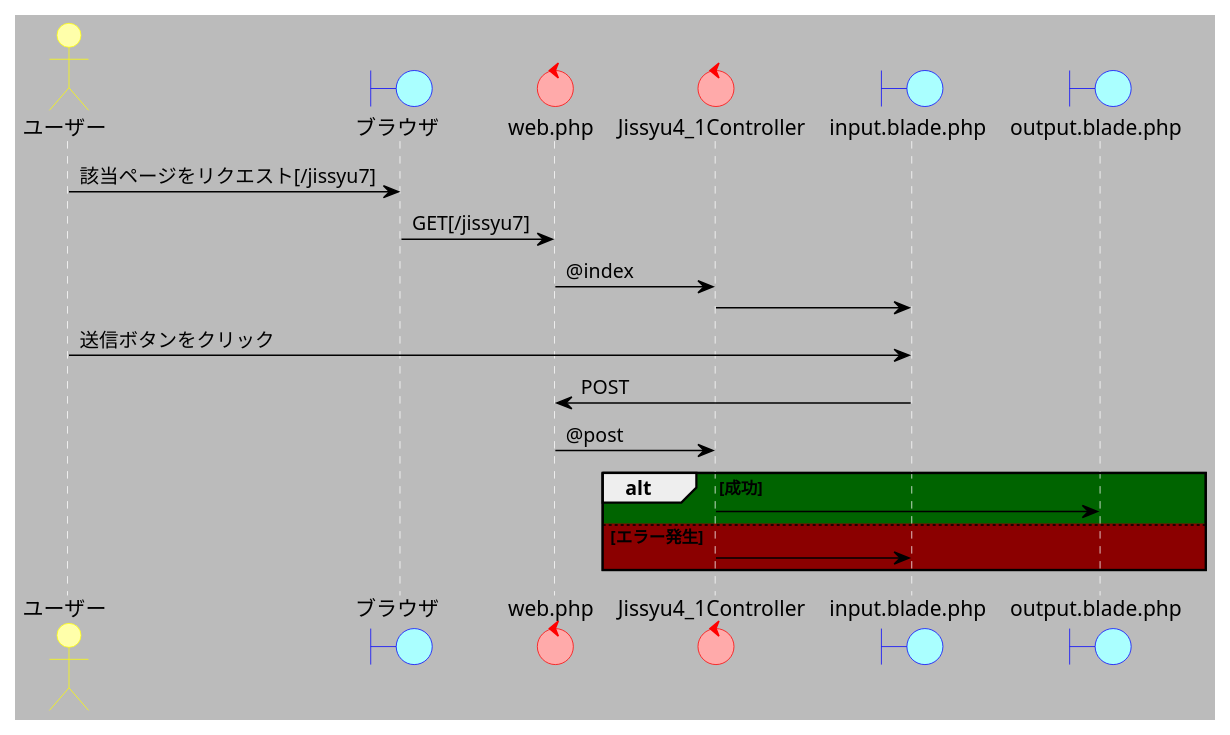
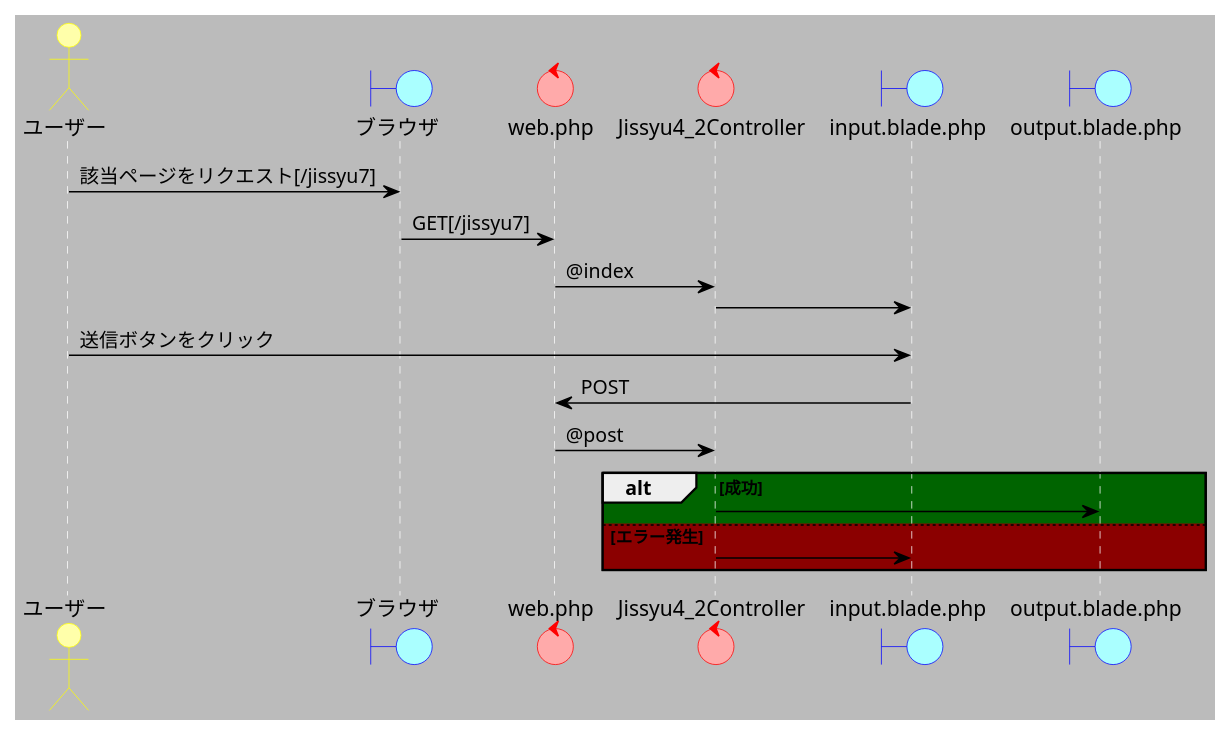
Before and after one commit to taiki1280/school_python: the diagram in Laravel/laravelapp/ゴミ/シーケンス図/jissyu4_2.wsd, drawn with PlantUML.

Commit message:
ミス

```diff
--- a/Laravel/laravelapp/ゴミ/シーケンス図/jissyu4_2.wsd
+++ b/Laravel/laravelapp/ゴミ/シーケンス図/jissyu4_2.wsd
@@ -1,36 +1,36 @@
-@startuml jissyu4_1
+@startuml jissyu4_2
 skinparam{
     BackgroundColor #bbb
     DefaultFontColor #000
     SequenceLifeLineBorderColor #fff
     SequenceLifeLineBorderColor #fff
     BoundaryBorderColor #00f
     BoundaryBackgroundColor #aff
     ControlBorderColor #f00
     ControlBackgroundColor #faa
     ActorBackgroundColor #ffa
     ActorBorderColor #ff0
     ArrowColor #000
 }
 
 actor ユーザー as user
 boundary ブラウザ as browser
 control web.php as web
-control Jissyu4_1Controller as controller
+control Jissyu4_2Controller as controller
 boundary input.blade.php as input
 boundary output.blade.php as output
 
 user -> browser:該当ページをリクエスト[/jissyu7]
 browser -> web:GET[/jissyu7]
 web -> controller:@index
 controller -> input:
 
 user -> input:送信ボタンをクリック
 web <- input:POST
 web -> controller:@post
 alt #DarkGreen 成功
     controller -> output
 else #DarkRed エラー発生
     controller -> input
 end
 @enduml
```
